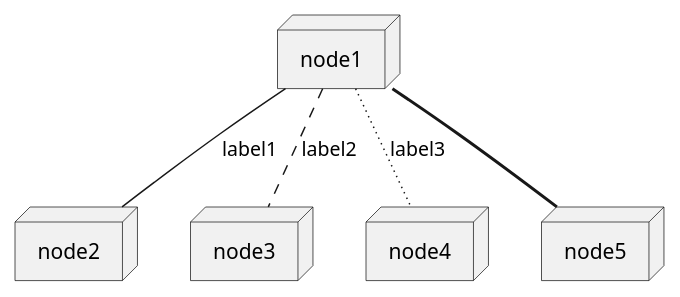
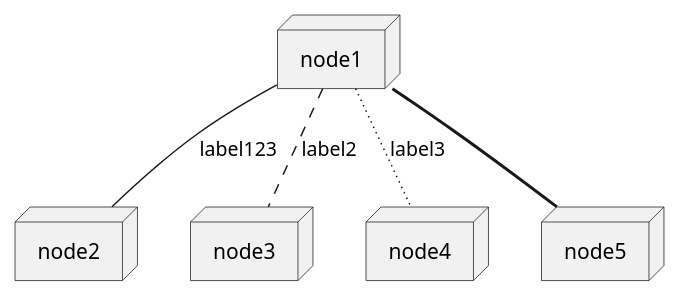
Before and after one commit to mrduguo/asciidoctor.org: the diagram in docs/asciidoctor-diagram.adoc, drawn with PlantUML. The commit also changed 1 other file, not shown here.

Commit message:
test plantuml

```diff
--- a/docs/asciidoctor-diagram.adoc
+++ b/docs/asciidoctor-diagram.adoc
@@ -19,15 +19,15 @@
 [plantuml, plantuml-diagram, png]
 ....
 
 node node1
 node node2
 node node3
 node node4
 node node5
-node1 -- node2 : label1
+node1 -- node2 : label123
 node1 .. node3 : label2
 node1 ~~ node4 : label3
 node1 == node5
 
 
 ....
```
